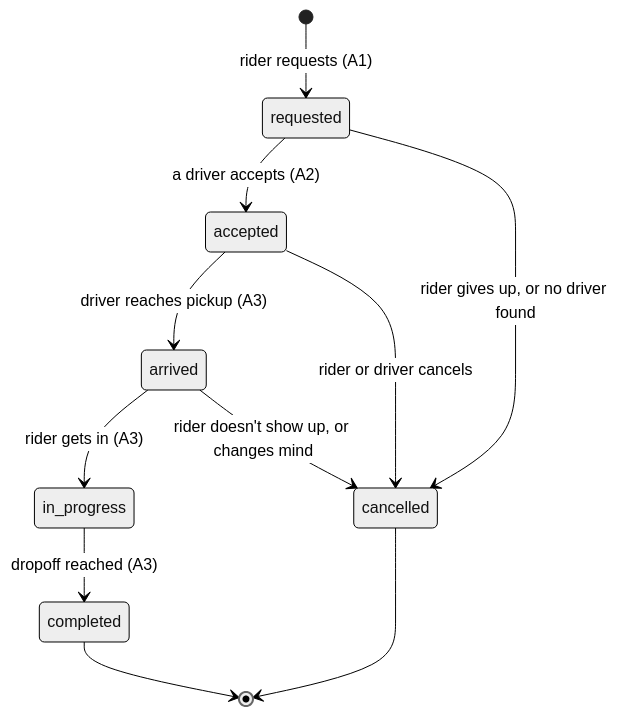
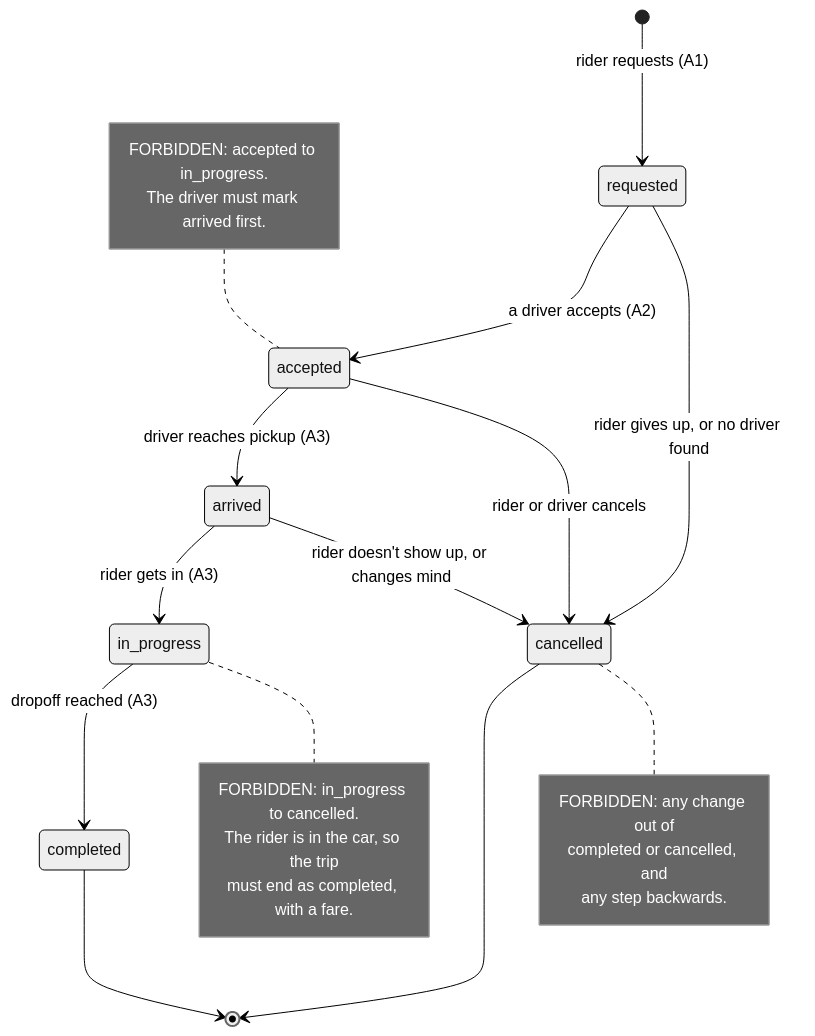
The diagram in docs/3-decisions.md (jay-inventor007/lagos-ride-hailing-core), drawn with Mermaid (neutral theme) before and after one commit. The commit also changed 4 other files, not shown here.

Commit message:
Draw forbidden transitions on the state machine and render both diagrams

````diff
--- a/docs/3-decisions.md
+++ b/docs/3-decisions.md
@@ -128,13 +128,27 @@
 ```mermaid
 stateDiagram-v2
     [*] --> requested : rider requests (A1)
     requested --> accepted : a driver accepts (A2)
     requested --> cancelled : rider gives up, or no driver found
     accepted --> arrived : driver reaches pickup (A3)
     accepted --> cancelled : rider or driver cancels
     arrived --> in_progress : rider gets in (A3)
     arrived --> cancelled : rider doesn't show up, or changes mind
     in_progress --> completed : dropoff reached (A3)
     completed --> [*]
     cancelled --> [*]
+    note right of in_progress
+        FORBIDDEN: in_progress to cancelled.
+        The rider is in the car, so the trip
+        must end as completed, with a fare.
+    end note
+    note left of accepted
+        FORBIDDEN: accepted to in_progress.
+        The driver must mark arrived first.
+    end note
+    note right of cancelled
+        FORBIDDEN: any change out of
+        completed or cancelled, and
+        any step backwards.
+    end note
 ```
````
